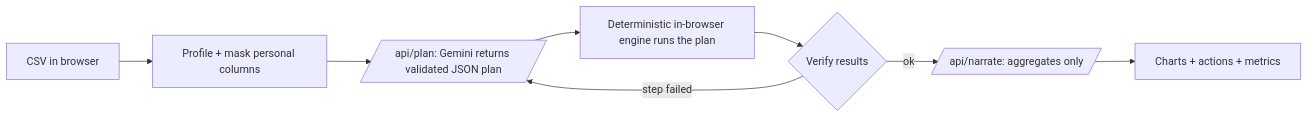
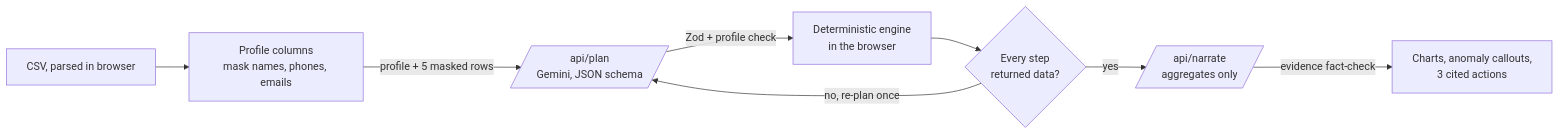
The diagram in README.md (webtools-dotcom/hackathon-new), drawn with Mermaid before and after one commit. The commit also changed other lines of this file and 4 other files, not shown here.

````diff
--- a/README.md
+++ b/README.md
@@ -27,10 +48,10 @@
 ```mermaid
 flowchart LR
-  A[CSV in browser] --> B[Profile + mask personal columns]
-  B --> C[/api/plan: Gemini returns validated JSON plan/]
-  C --> D[Deterministic in-browser engine runs the plan]
-  D --> E{Verify results}
-  E -- step failed --> C
-  E -- ok --> F[/api/narrate: aggregates only/]
-  F --> G[Charts + actions + metrics]
+  A[CSV, parsed in browser] --> B[Profile columns<br/>mask names, phones, emails]
+  B -->|profile + 5 masked rows| C[/api/plan<br/>Gemini, JSON schema/]
+  C -->|Zod + profile check| D[Deterministic engine<br/>in the browser]
+  D --> E{Every step<br/>returned data?}
+  E -- no, re-plan once --> C
+  E -- yes --> F[/api/narrate<br/>aggregates only/]
+  F -->|evidence fact-check| G[Charts, anomaly callouts,<br/>3 cited actions]
 ```
````
